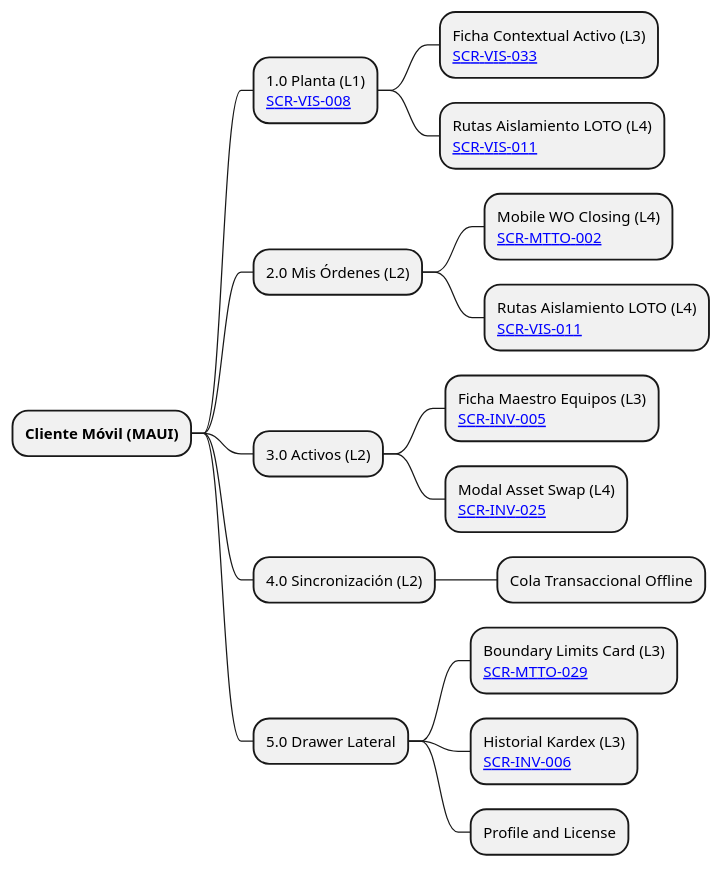
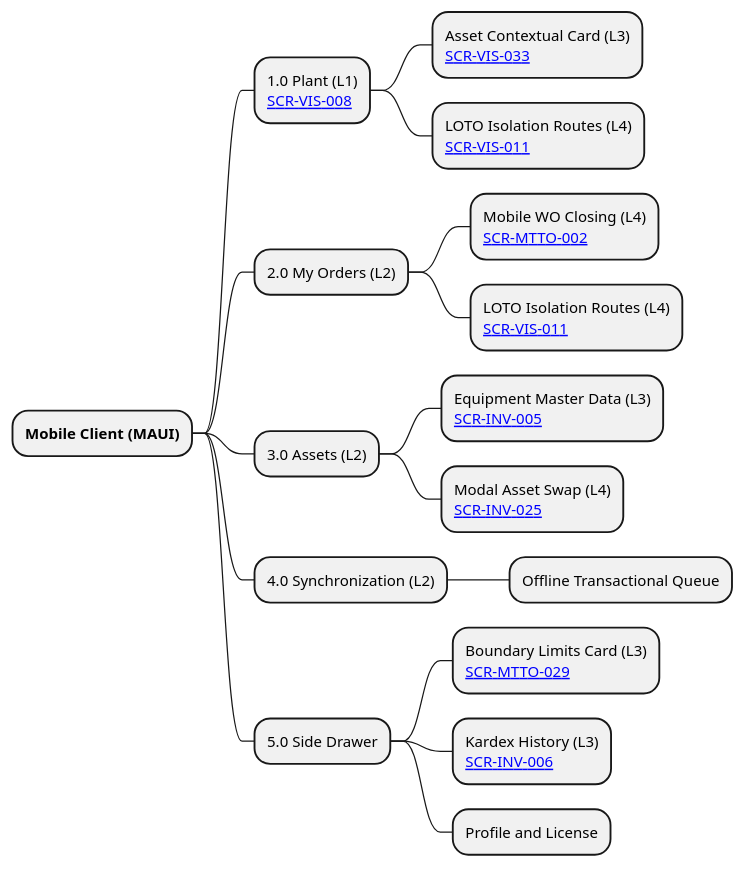
The third of 6 diagrams in ui-ux/DT-UI-NAV-DOC-001.md (Novav20/adso-dteam-docs), drawn with PlantUML before and after one commit. The commit also changed other lines of this file, not shown here.

Commit message:
docs(ui-ux): fix spanish terms in plantuml diagrams and frontmatter of nav doc

````diff
--- a/ui-ux/DT-UI-NAV-DOC-001.md
+++ b/ui-ux/DT-UI-NAV-DOC-001.md
@@ -114,25 +114,25 @@
 ```plantuml
 @startmindmap
 skinparam defaultFontName "Segoe UI"
 skinparam defaultFontSize 12
 skinparam nodesep 20
 skinparam ranksep 30
 
-* **Cliente Móvil (MAUI)**
-** 1.0 Planta (L1)\n[[SCR-VIS-008]]
-*** Ficha Contextual Activo (L3)\n[[SCR-VIS-033]]
-*** Rutas Aislamiento LOTO (L4)\n[[SCR-VIS-011]]
-** 2.0 Mis Órdenes (L2)
+* **Mobile Client (MAUI)**
+** 1.0 Plant (L1)\n[[SCR-VIS-008]]
+*** Asset Contextual Card (L3)\n[[SCR-VIS-033]]
+*** LOTO Isolation Routes (L4)\n[[SCR-VIS-011]]
+** 2.0 My Orders (L2)
 *** Mobile WO Closing (L4)\n[[SCR-MTTO-002]]
-*** Rutas Aislamiento LOTO (L4)\n[[SCR-VIS-011]]
-** 3.0 Activos (L2)
-*** Ficha Maestro Equipos (L3)\n[[SCR-INV-005]]
+*** LOTO Isolation Routes (L4)\n[[SCR-VIS-011]]
+** 3.0 Assets (L2)
+*** Equipment Master Data (L3)\n[[SCR-INV-005]]
 *** Modal Asset Swap (L4)\n[[SCR-INV-025]]
-** 4.0 Sincronización (L2)
-*** Cola Transaccional Offline
-** 5.0 Drawer Lateral
+** 4.0 Synchronization (L2)
+*** Offline Transactional Queue
+** 5.0 Side Drawer
 *** Boundary Limits Card (L3)\n[[SCR-MTTO-029]]
-*** Historial Kardex (L3)\n[[SCR-INV-006]]
+*** Kardex History (L3)\n[[SCR-INV-006]]
 *** Profile and License
 @endmindmap
 ```
````
